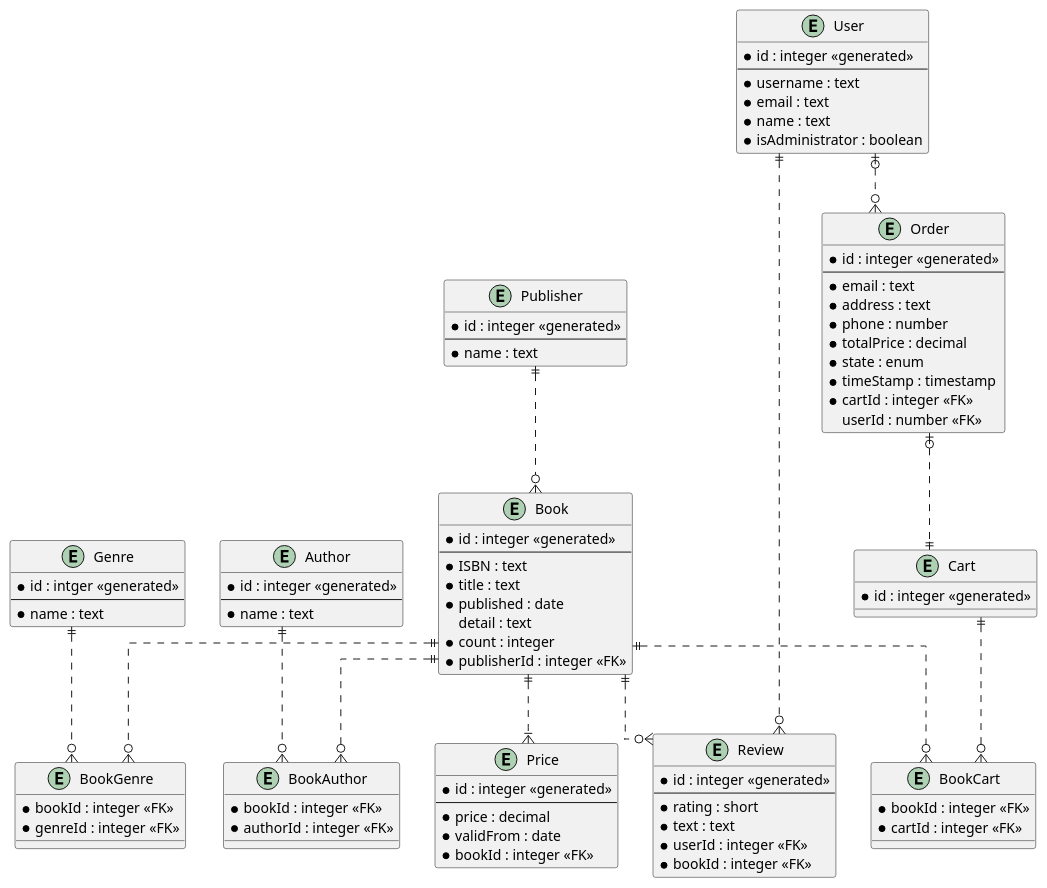
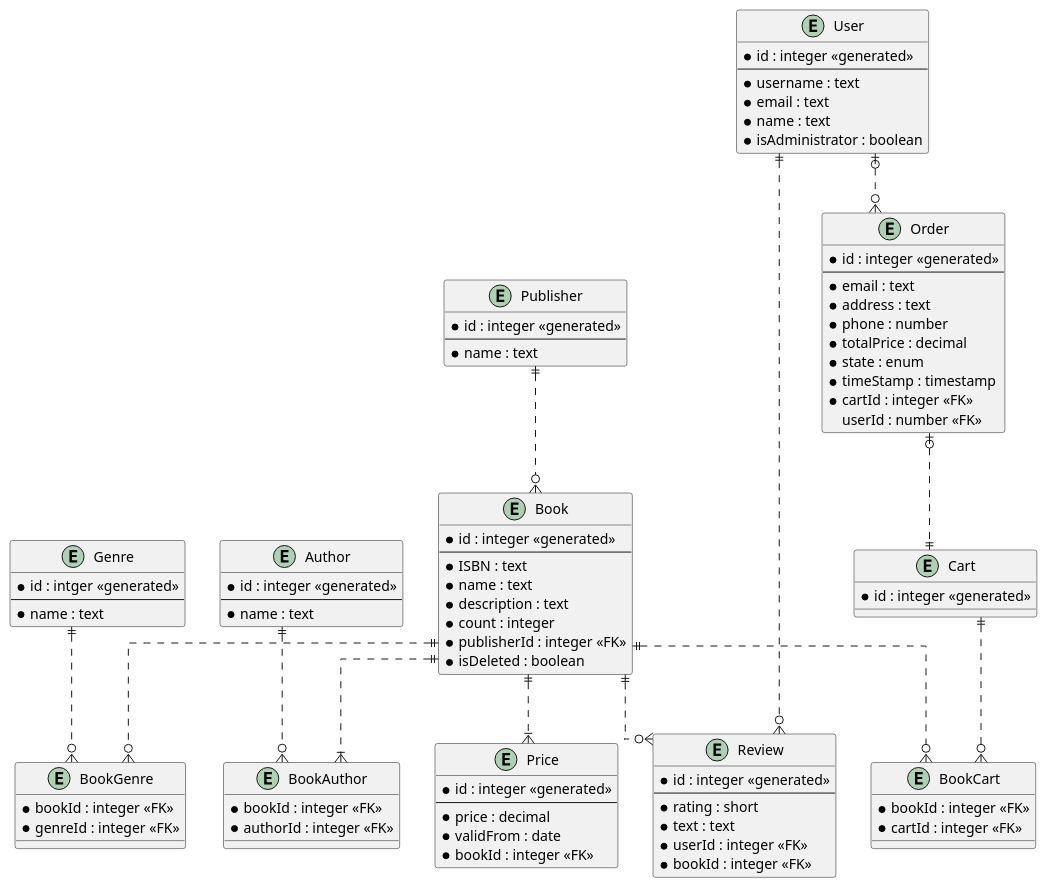
One commit to adamzalesak/BookHub changed the diagram in docs/diagrams/ERD.puml. Above: the diagram before and after it, drawn with PlantUML. The commit also changed 32 other files, not shown here.

```diff
--- a/docs/diagrams/ERD.puml
+++ b/docs/diagrams/ERD.puml
@@ -1,103 +1,103 @@
 @startuml
 skinparam linetype ortho
 
 Entity Genre {
  * id : intger <<generated>>
  --
  * name : text
 }
 
 Entity Author {
  * id : integer <<generated>>
  --
  * name : text
 }
 
 Entity Publisher {
  * id : integer <<generated>>
  --
  * name : text
 }
 
 Entity Book {
  * id : integer <<generated>>
  --
  * ISBN : text
- * title : text
- * published : date
- detail : text
+ * name : text
+ * description : text
  * count : integer
  * publisherId : integer <<FK>>
+ * isDeleted : boolean
 }
 
 Entity BookGenre {
  * bookId : integer <<FK>>
  * genreId : integer <<FK>>
 }
 
 Entity BookAuthor {
  * bookId : integer <<FK>>
  * authorId : integer <<FK>>
 }
 
 Entity Price {
  * id : integer <<generated>>
  --
  * price : decimal
  * validFrom : date
  * bookId : integer <<FK>>
 }
 
 Entity Cart {
  * id : integer <<generated>>
 }
 
 Entity BookCart {
  * bookId : integer <<FK>>
  * cartId : integer <<FK>>
 }
 
 Entity Order {
  * id : integer <<generated>>
  --
  * email : text
  * address : text
  * phone : number
  * totalPrice : decimal
  * state : enum
  * timeStamp : timestamp
  * cartId : integer <<FK>>
  userId : number <<FK>>
 }
 
 Entity User {
  * id : integer <<generated>>
  --
  * username : text
  * email : text
  * name : text
  * isAdministrator : boolean
 }
 
 Entity Review {
  * id : integer <<generated>>
  --
  * rating : short
  * text : text
  * userId : integer <<FK>>
  * bookId : integer <<FK>>
 }
 
 Genre ||..o{ BookGenre
 Book ||..o{ BookGenre
 Publisher ||..o{ Book
 Author ||..o{ BookAuthor
-Book ||..o{ BookAuthor
+Book ||..|{ BookAuthor
 Book ||..|{ Price
 Book ||..o{ BookCart
 Cart ||..o{ BookCart
 Order |o..|| Cart
 User |o..o{ Order
 User ||..o{ Review
 Book ||..o{ Review
 @enduml
```
